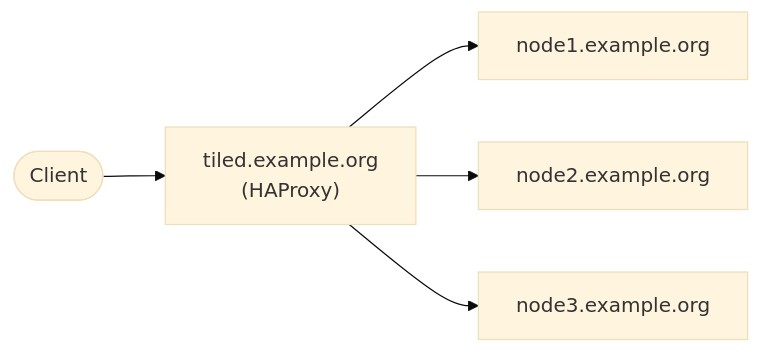
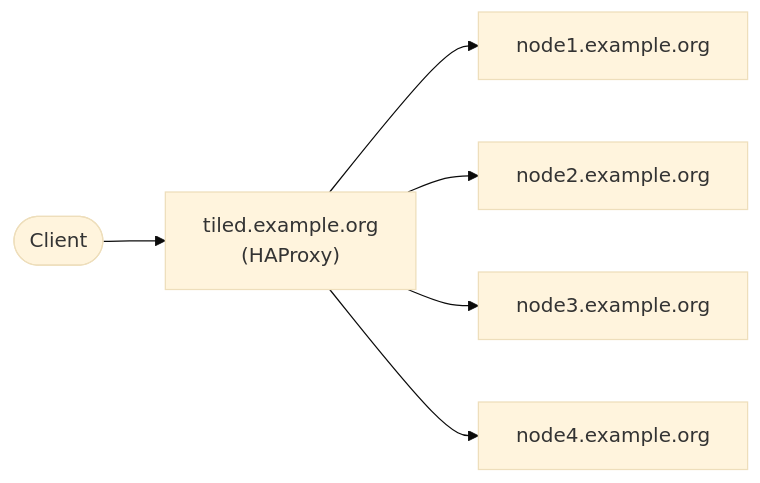
The first of 3 diagrams in docs/source/user-guide/deploy-tiled-multi-node.md (bluesky/tiled), drawn with Mermaid (base theme) before and after one commit. The commit also changed other lines of this file, not shown here.

````diff
--- a/docs/source/user-guide/deploy-tiled-multi-node.md
+++ b/docs/source/user-guide/deploy-tiled-multi-node.md
@@ -43,7 +47,8 @@
 ```mermaid
 flowchart LR
     Client([Client]) --> LB["tiled.example.org<br>(HAProxy)"]
     LB --> N1[node1.example.org]
     LB --> N2[node2.example.org]
     LB --> N3[node3.example.org]
+    LB --> N4[node4.example.org]
 ```
````
